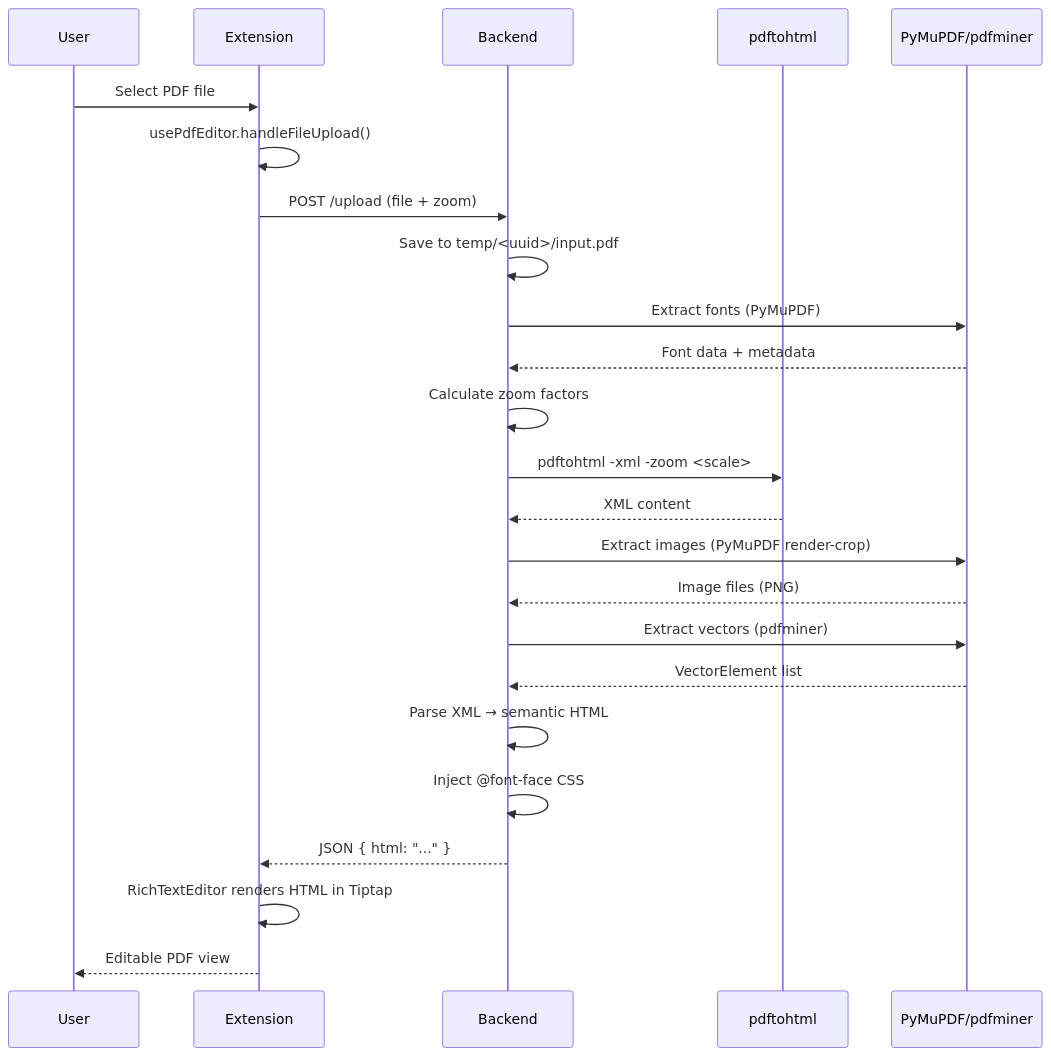
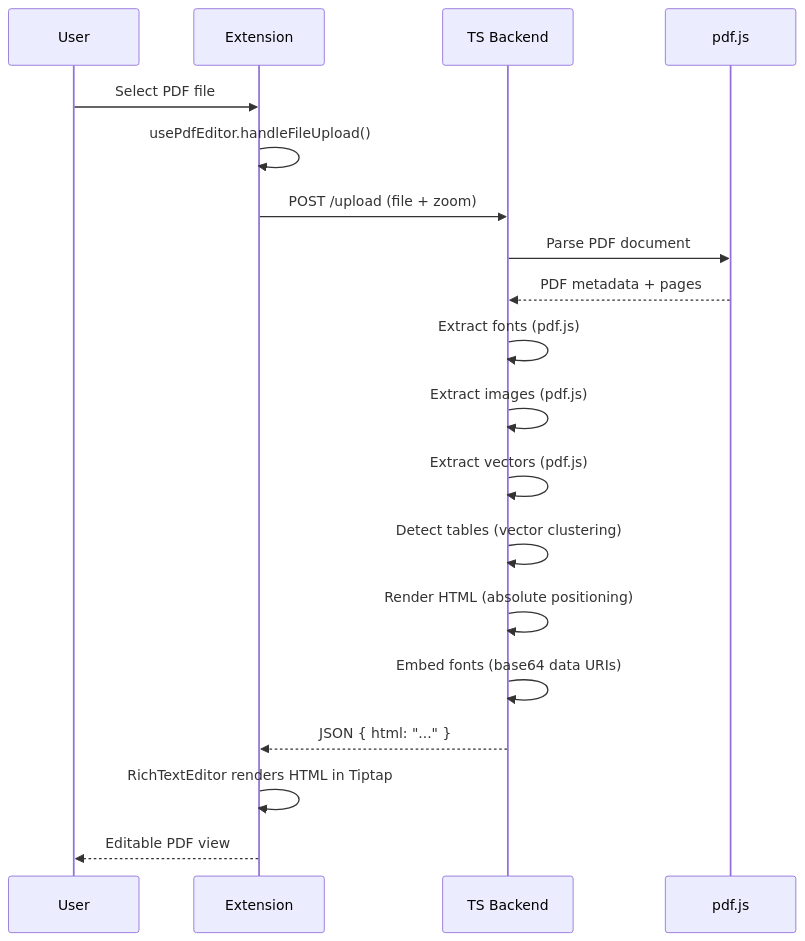
Before and after one commit to siimliimand/pdf-editor: the second of 2 diagrams in ARCHITECTURE.md, drawn with Mermaid. The commit also changed other lines of this file and 1 other file, not shown here.

Commit message:
archive: typescript-backend-rewrite

````diff
--- a/ARCHITECTURE.md
+++ b/ARCHITECTURE.md
@@ -167,27 +147,22 @@
 ```mermaid
 sequenceDiagram
     participant U as User
     participant E as Extension
-    participant B as Backend
-    participant P as pdftohtml
-    participant M as PyMuPDF/pdfminer
+    participant B as TS Backend
+    participant P as pdf.js
 
     U->>E: Select PDF file
     E->>E: usePdfEditor.handleFileUpload()
     E->>B: POST /upload (file + zoom)
-    B->>B: Save to temp/<uuid>/input.pdf
-    B->>M: Extract fonts (PyMuPDF)
-    M-->>B: Font data + metadata
-    B->>B: Calculate zoom factors
-    B->>P: pdftohtml -xml -zoom <scale>
-    P-->>B: XML content
-    B->>M: Extract images (PyMuPDF render-crop)
-    M-->>B: Image files (PNG)
-    B->>M: Extract vectors (pdfminer)
-    M-->>B: VectorElement list
-    B->>B: Parse XML → semantic HTML
-    B->>B: Inject @font-face CSS
+    B->>P: Parse PDF document
+    P-->>B: PDF metadata + pages
+    B->>B: Extract fonts (pdf.js)
+    B->>B: Extract images (pdf.js)
+    B->>B: Extract vectors (pdf.js)
+    B->>B: Detect tables (vector clustering)
+    B->>B: Render HTML (absolute positioning)
+    B->>B: Embed fonts (base64 data URIs)
     B-->>E: JSON { html: "..." }
     E->>E: RichTextEditor renders HTML in Tiptap
     E-->>U: Editable PDF view
 ```
````
